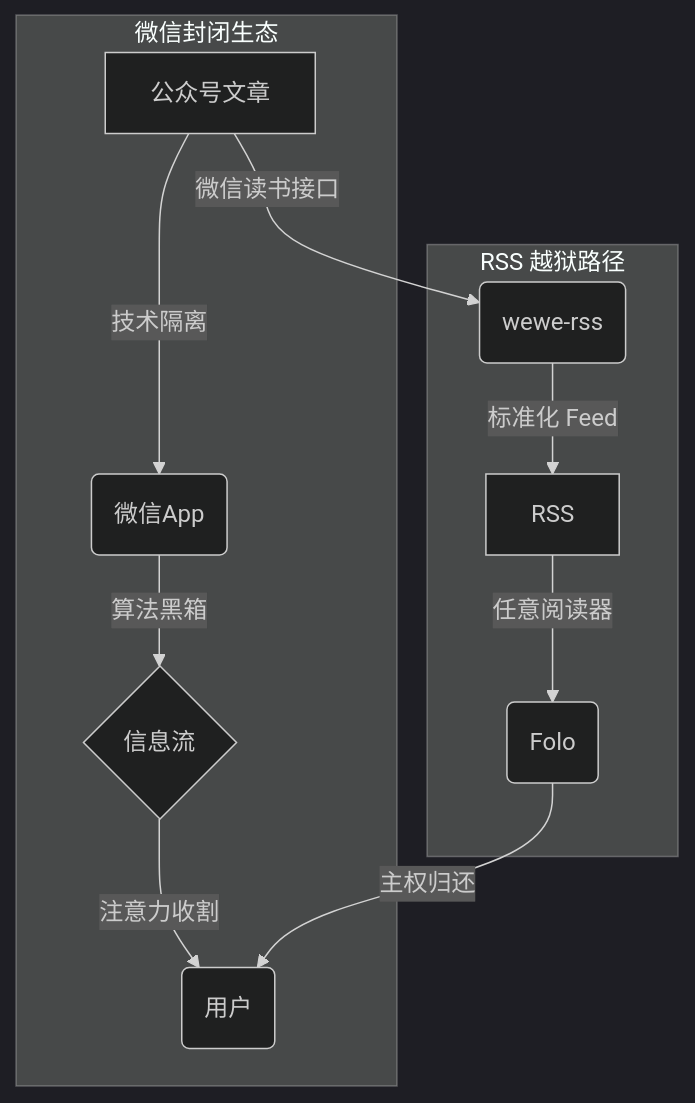
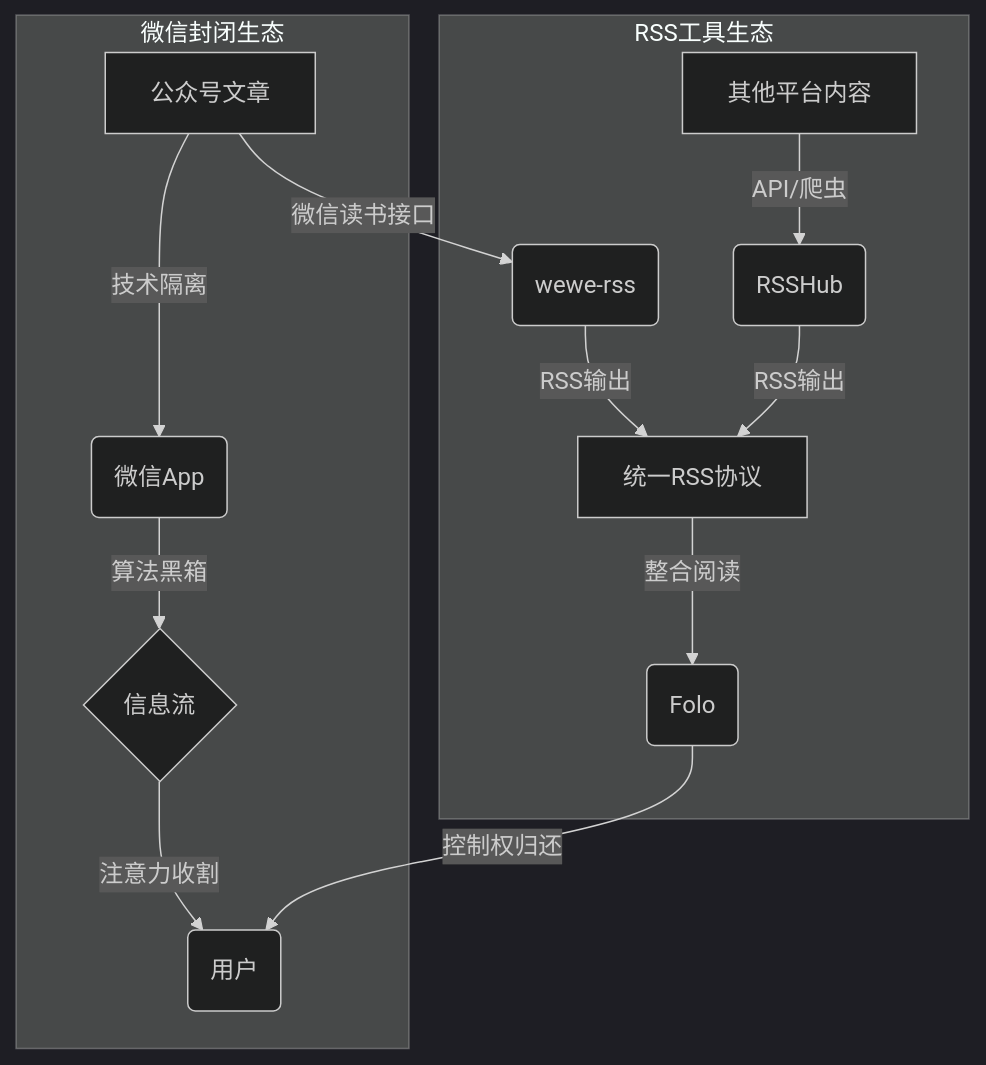
Before and after one commit to cuipengfei/cuipengfei.github.com: the diagram in source/_posts/2025-07-21-folo-wewe-rss.md, drawn with Mermaid (dark theme). The commit also changed other lines of this file, not shown here.

````diff
--- a/source/_posts/2025-07-21-folo-wewe-rss.md
+++ b/source/_posts/2025-07-21-folo-wewe-rss.md
@@ -26,15 +26,17 @@
 ```mermaid
 graph TD
     subgraph 微信封闭生态
         A[公众号文章] -->|技术隔离| B(微信App)
         B -->|算法黑箱| C{信息流}
         C -->|注意力收割| D(用户)
     end
 
-    subgraph RSS 越狱路径
+    subgraph RSS工具生态
         A -->|微信读书接口| E(wewe-rss)
-        E -->|标准化 Feed| F[RSS]
-        F -->|任意阅读器| G(Folo)
-        G -->|主权归还| D
+        F[其他平台内容] -->|API/爬虫| G(RSSHub)
+        E -->|RSS输出| H[统一RSS协议]
+        G -->|RSS输出| H
+        H -->|整合阅读| I(Folo)
+        I -->|控制权归还| D
     end
 ```
````
